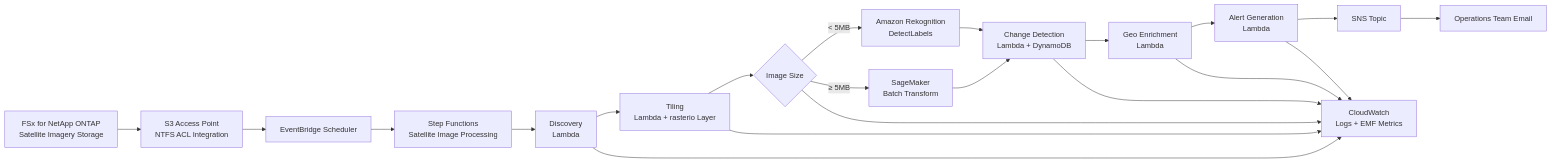
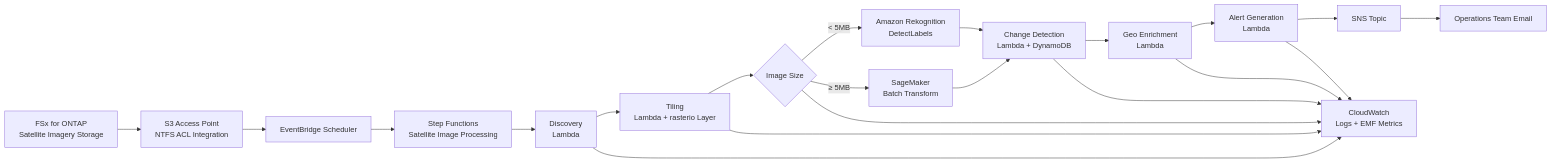
The diagram in defense-satellite/docs/architecture.en.md (Yoshiki0705/FSx-for-ONTAP-S3AccessPoints-Serverless-Patterns), drawn with Mermaid before and after one commit. The commit also changed other lines of this file and 597 other files, not shown here.

````diff
--- a/defense-satellite/docs/architecture.en.md
+++ b/defense-satellite/docs/architecture.en.md
@@ -13,18 +13,18 @@
 ```mermaid
 graph LR
-    FSx[FSx for NetApp ONTAP<br/>Satellite Imagery Storage] --> S3AP[S3 Access Point<br/>NTFS ACL Integration]
+    FSx[FSx for ONTAP<br/>Satellite Imagery Storage] --> S3AP[S3 Access Point<br/>NTFS ACL Integration]
     S3AP --> EB[EventBridge Scheduler]
     EB --> SFN[Step Functions<br/>Satellite Image Processing]
     SFN --> L1[Discovery<br/>Lambda]
     L1 --> L2[Tiling<br/>Lambda + rasterio Layer]
     L2 --> L3{Image Size}
     L3 -->|< 5MB| Rek[Amazon Rekognition<br/>DetectLabels]
     L3 -->|≥ 5MB| SM[SageMaker<br/>Batch Transform]
     Rek --> L4[Change Detection<br/>Lambda + DynamoDB]
     SM --> L4
     L4 --> L5[Geo Enrichment<br/>Lambda]
     L5 --> L6[Alert Generation<br/>Lambda]
     L6 --> SNS[SNS Topic]
     SNS --> Mail[Operations Team Email]
     L1 & L2 & L3 & L4 & L5 & L6 --> CW[CloudWatch<br/>Logs + EMF Metrics]
 ```
````
